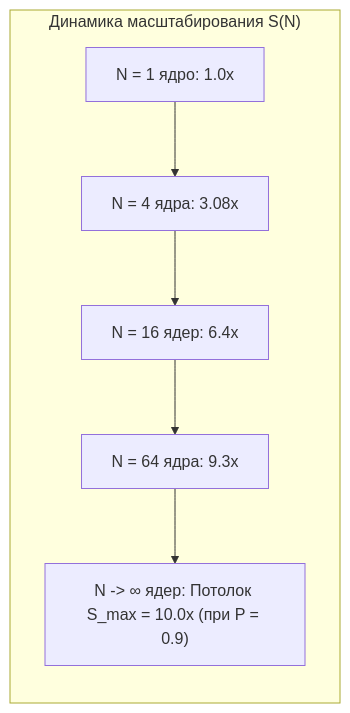
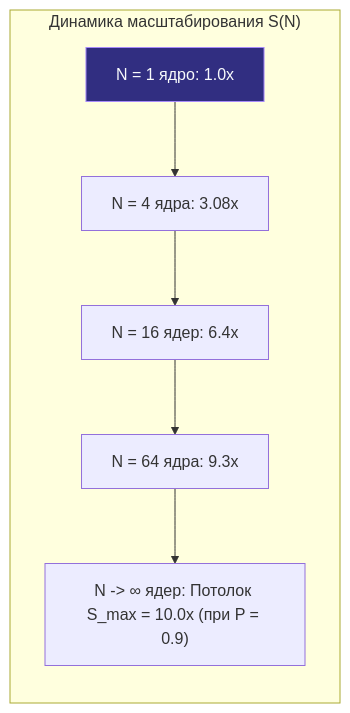
The second of 3 diagrams in sources/16. Профилирование, отладка и производительность/01. Фундамент/4. Amdahl law и масштабирование.md (UnrealTemplier/go-textbook), drawn with Mermaid before and after one commit. The commit also changed other lines of this file and 1666 other files, not shown here.

First line of the commit message:
feat(mermaid): add semantic color classDef to 1369 colorless flowchart/graph diagrams

````diff
--- a/sources/16. Профилирование, отладка и производительность/01. Фундамент/4. Amdahl law и масштабирование.md
+++ b/sources/16. Профилирование, отладка и производительность/01. Фундамент/4. Amdahl law и масштабирование.md
@@ -86,9 +96,19 @@
 ```mermaid
 flowchart LR
+    classDef process  fill:#1e293b,stroke:#38bdf8,stroke-width:1px,color:#f8fafc
+    classDef success  fill:#064e3b,stroke:#34d399,stroke-width:1px,color:#f8fafc
+    classDef error    fill:#7f1d1d,stroke:#f87171,stroke-width:1px,color:#f8fafc
+    classDef warning  fill:#78350f,stroke:#fbbf24,stroke-width:1px,color:#f8fafc
+    classDef entry    fill:#1e3a5f,stroke:#38bdf8,stroke-width:2px,color:#f8fafc
+    classDef aux      fill:#334155,stroke:#64748b,stroke-width:1px,color:#f8fafc
+    classDef system   fill:#312e81,stroke:#a78bfa,stroke-width:1px,color:#f8fafc
+    classDef data     fill:#132d29,stroke:#2dd4bf,stroke-width:1px,color:#f8fafc
+    classDef network  fill:#881337,stroke:#fb7185,stroke-width:1px,color:#f8fafc
+    classDef accent   fill:#1e1b4b,stroke:#818cf8,stroke-width:1px,color:#f8fafc
     subgraph AmdahlLawGraph["Динамика масштабирования S(N)"]
-        N1["N = 1 ядро: 1.0x"] --> N4["N = 4 ядра: 3.08x"]
+        N1["N = 1 ядро: 1.0x"]:::system --> N4["N = 4 ядра: 3.08x"]
         N4 --> N16["N = 16 ядер: 6.4x"]
         N16 --> N64["N = 64 ядра: 9.3x"]
         N64 --> NInf["N -> ∞ ядер: Потолок S_max = 10.0x (при P = 0.9)"]
     end
 ```
````
